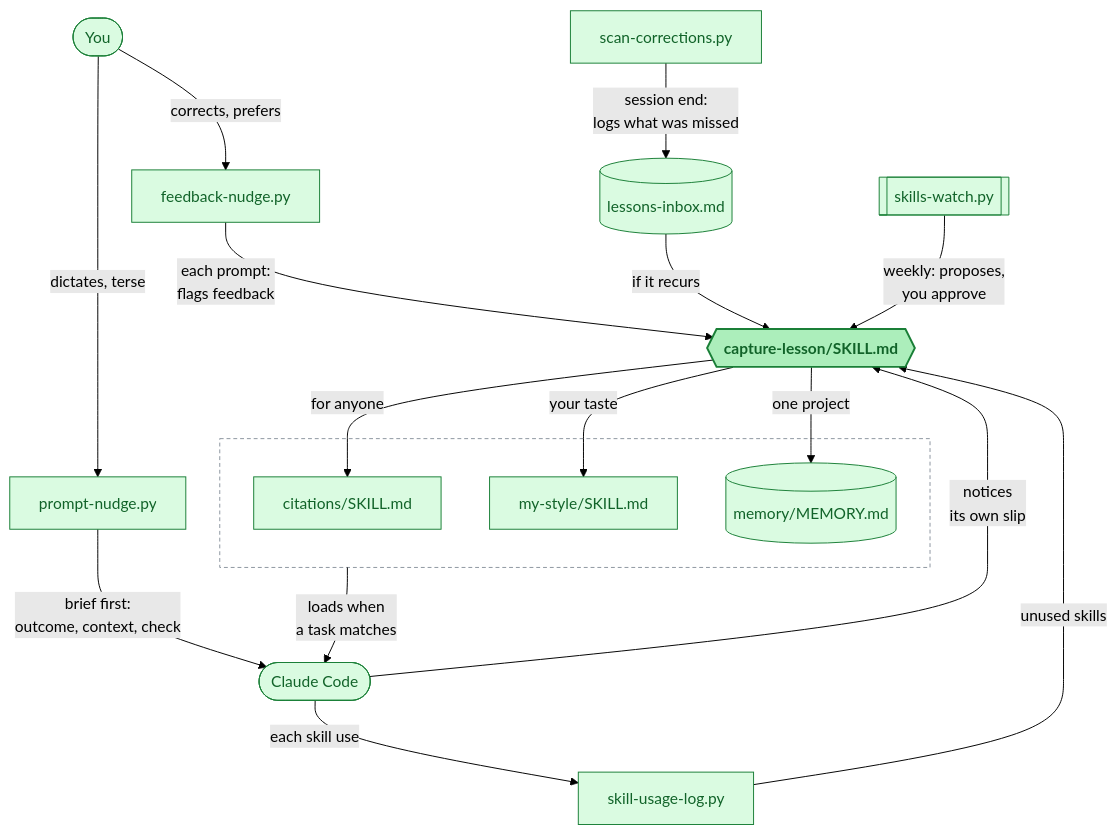
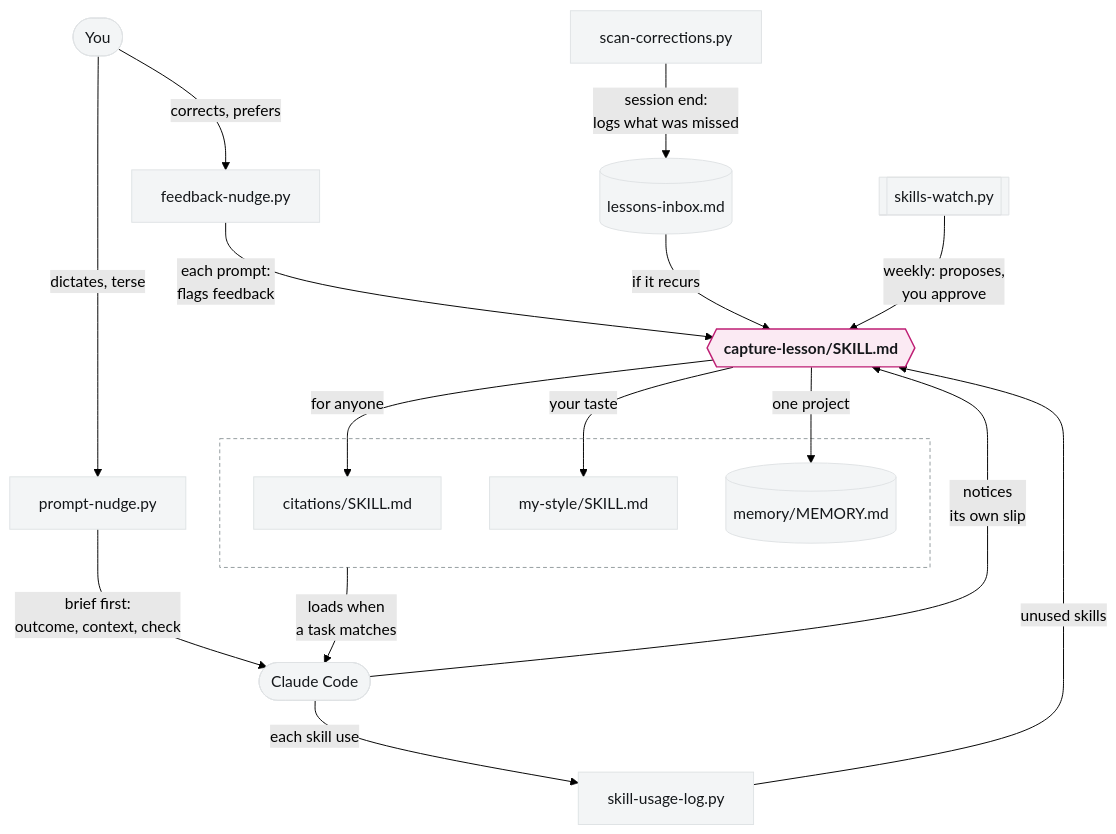
The diagram in README.md (kat-titter/claude-code-learns), drawn with Mermaid (forest theme) before and after one commit. The commit also changed 1 other file, not shown here.

Commit message:
Explainer and README diagram in the house palette
The page and the diagram used GitHub's greens on every box. Now mostly
monochrome with one accent each, from kat-visual-house-style:
- README diagram: grey boxes (#f3f5f6, hairline #dfe3e5, ink #14171a); the one
  emphasis, capture-lesson, in pink (#be1e74 on #fbeaf3), as in the house flow.
- Explainer: ink, muted and hairline greys from the house palette; green
  #0f8f6c for marks and underlines, #0a7457 for green text (AA); dark mode
  #3fe0a0. Archivo replaces IBM Plex Sans; Plex Mono stays for code and the
  numbered headings.

Checked: page-legibility-check passes at 1280 and 400 px, light and dark (no
contrast, overlap, tiny text or overflow).

````diff
--- a/README.md
+++ b/README.md
@@ -13,35 +13,35 @@
 ```mermaid
 flowchart TB
   you(["You"])
   agent(["Claude Code"])
   nudge["feedback-nudge.py"]
   pnudge["prompt-nudge.py"]
   scan["scan-corrections.py"]
   inbox[("lessons-inbox.md")]
   cap{{"capture-lesson/SKILL.md"}}
   watch[["skills-watch.py"]]
   usage["skill-usage-log.py"]
   subgraph lib [" "]
     general["citations/SKILL.md"]
     taste["my-style/SKILL.md"]
     memory[("memory/MEMORY.md")]
   end
   you -->|"corrects, prefers"| nudge
   nudge -->|"each prompt:<br/>flags feedback"| cap
   you -->|"dictates, terse"| pnudge
   pnudge -->|"brief first:<br/>outcome, context, check"| agent
   agent -->|"notices<br/>its own slip"| cap
   scan -->|"session end:<br/>logs what was missed"| inbox
   inbox -->|"if it recurs"| cap
   cap -->|"for anyone"| general
   cap -->|"your taste"| taste
   cap -->|"one project"| memory
   lib -->|"loads when<br/>a task matches"| agent
   watch -->|"weekly: proposes,<br/>you approve"| cap
   agent -->|"each skill use"| usage
   usage -->|"unused skills"| cap
-  classDef default fill:#dafbe1,stroke:#1a7f37,color:#116329
-  classDef core fill:#aceebb,stroke:#1a7f37,stroke-width:2px,color:#116329,font-weight:bold
+  classDef default fill:#f3f5f6,stroke:#dfe3e5,color:#14171a
+  classDef core fill:#fbeaf3,stroke:#be1e74,stroke-width:1.5px,color:#14171a,font-weight:bold
   class cap core
-  style lib fill:none,stroke:#8c959f,stroke-dasharray:4 3
+  style lib fill:none,stroke:#949c9f,stroke-dasharray:4 3
 ```
````
